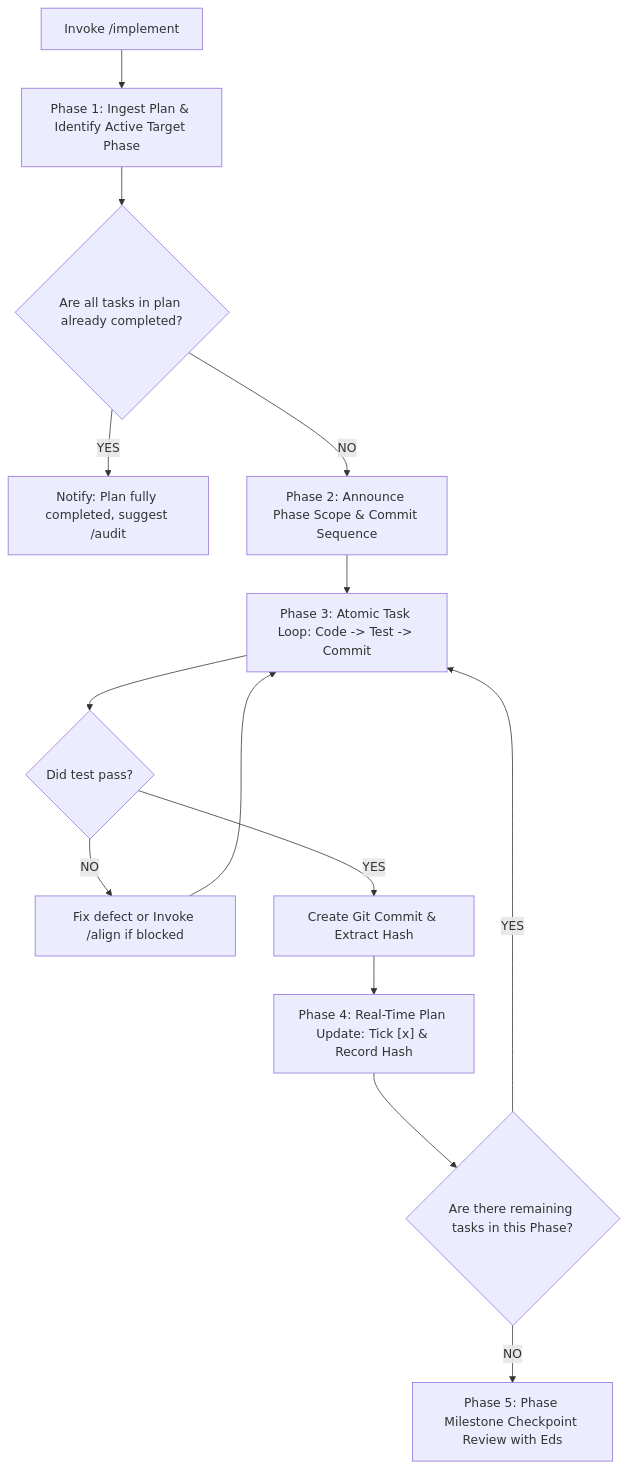
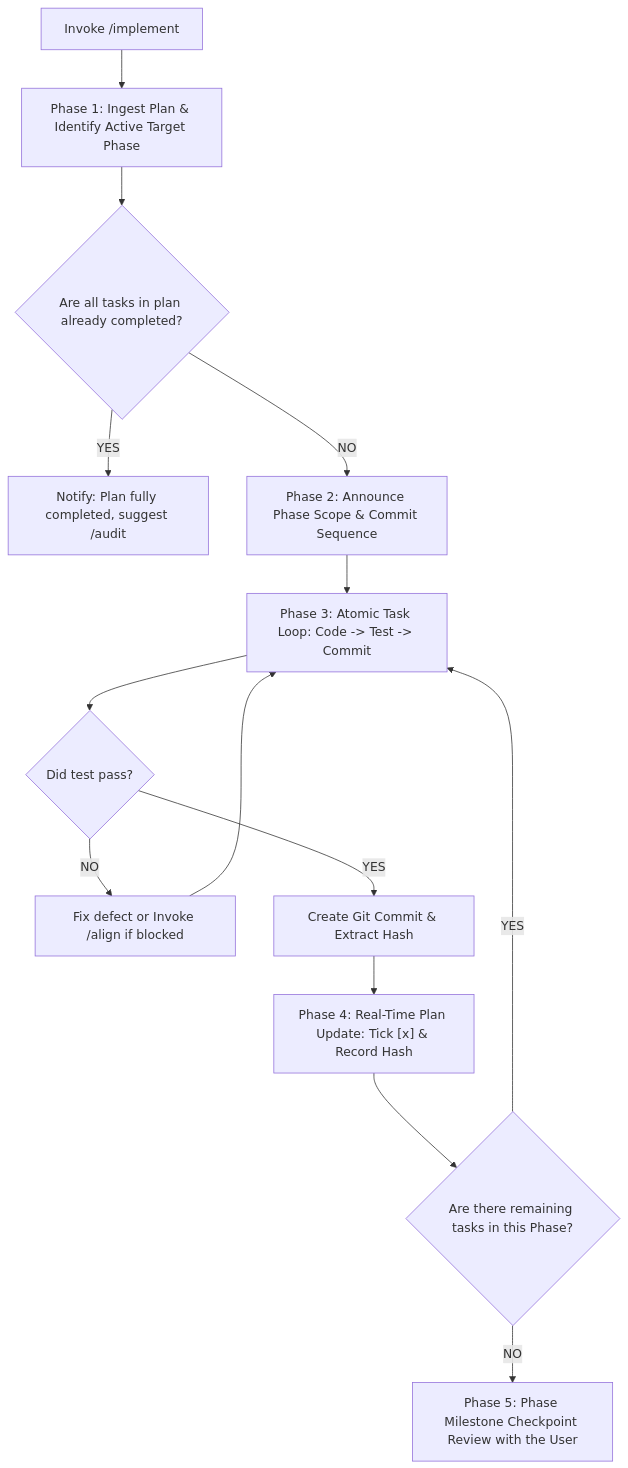
The diagram in implement/SKILL.md (dimsedra/skills), drawn with Mermaid before and after one commit. The commit also changed other lines of this file and 4 other files, not shown here.

````diff
--- a/implement/SKILL.md
+++ b/implement/SKILL.md
@@ -18,16 +18,16 @@
 ```mermaid
 flowchart TD
     A["Invoke /implement"] --> B["Phase 1: Ingest Plan & Identify Active Target Phase"]
     B --> C{"Are all tasks in plan already completed?"}
     C -- YES --> D["Notify: Plan fully completed, suggest /audit"]
     C -- NO --> E["Phase 2: Announce Phase Scope & Commit Sequence"]
     E --> F["Phase 3: Atomic Task Loop: Code -> Test -> Commit"]
     F --> G{"Did test pass?"}
     G -- NO --> H["Fix defect or Invoke /align if blocked"]
     H --> F
     G -- YES --> I["Create Git Commit & Extract Hash"]
     I --> J["Phase 4: Real-Time Plan Update: Tick [x] & Record Hash"]
     J --> K{"Are there remaining tasks in this Phase?"}
     K -- YES --> F
-    K -- NO --> L["Phase 5: Phase Milestone Checkpoint Review with Eds"]
+    K -- NO --> L["Phase 5: Phase Milestone Checkpoint Review with the User"]
 ```
````
